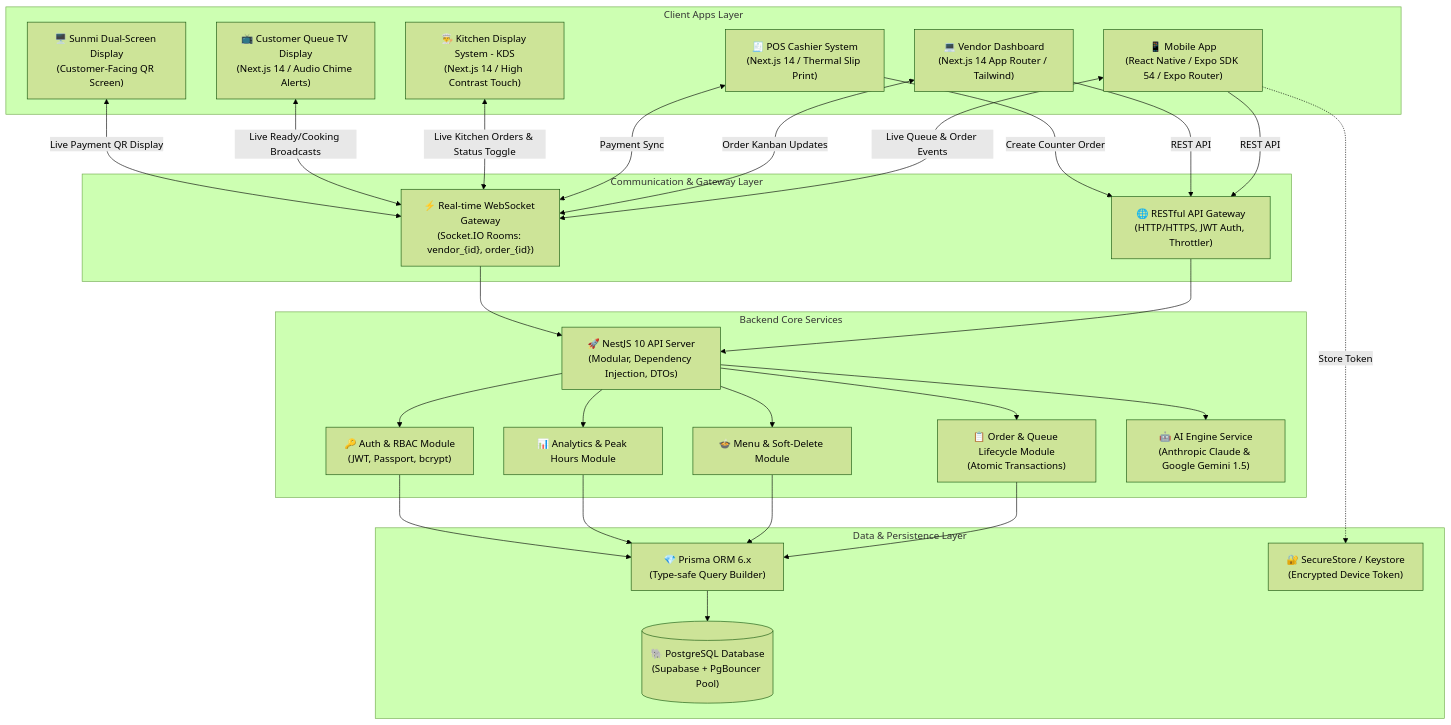
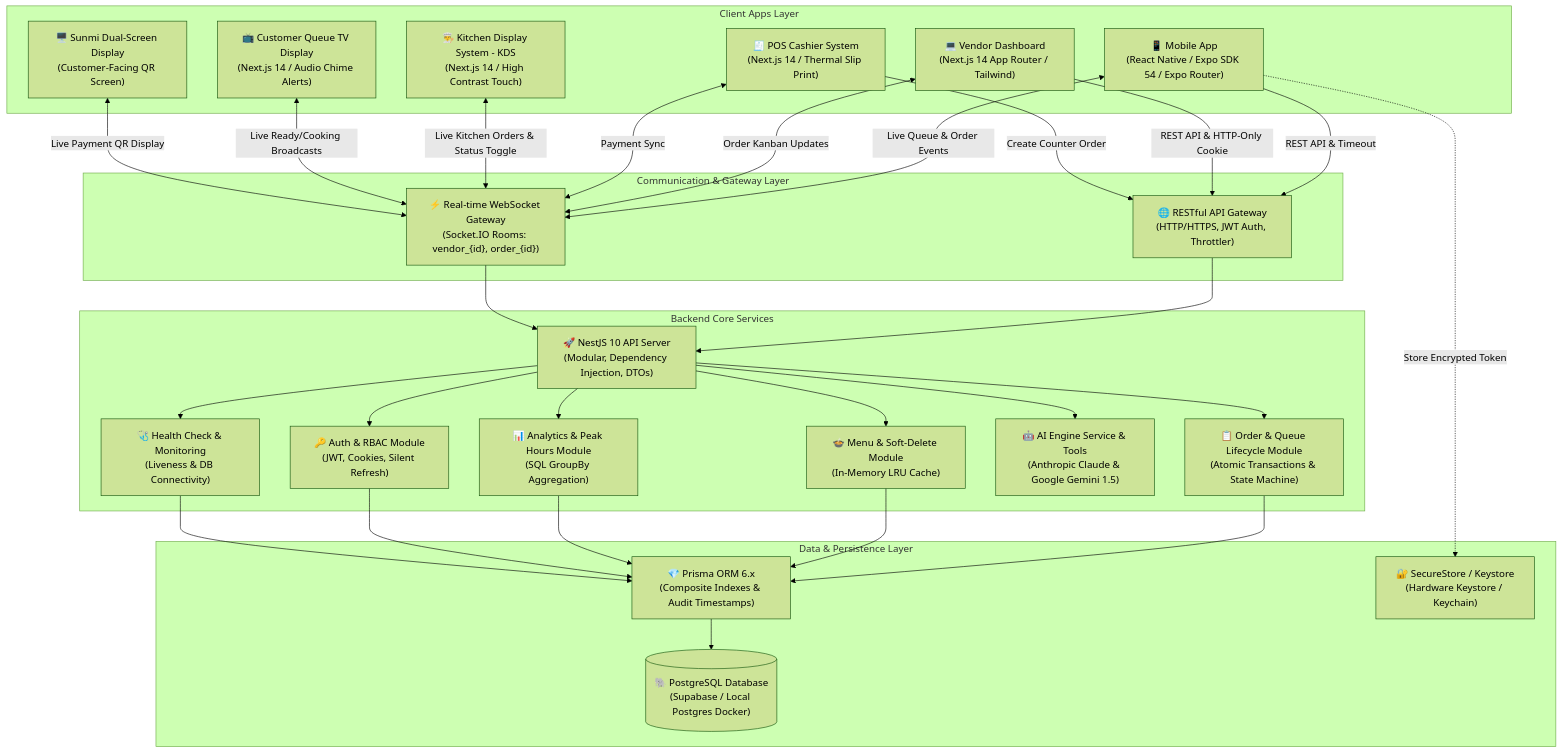
The first of 2 diagrams in README.md (azazxxc147896325-beep/ProjectEnd), drawn with Mermaid (forest theme) before and after one commit. The commit also changed other lines of this file, not shown here.

Commit message:
docs: อัปเดตคู่มือ README.md ให้ครอบคลุมฟีเจอร์ใหม่, DevOps, Docker และ Security ทั้งหมด

````diff
--- a/README.md
+++ b/README.md
@@ -49,64 +50,67 @@
 ```mermaid
 graph TD
     subgraph Client Apps Layer
         Mobile["📱 Mobile App<br/>(React Native / Expo SDK 54 / Expo Router)"]
         WebDash["💻 Vendor Dashboard<br/>(Next.js 14 App Router / Tailwind)"]
         WebPOS["🧾 POS Cashier System<br/>(Next.js 14 / Thermal Slip Print)"]
         WebKDS["👨‍🍳 Kitchen Display System - KDS<br/>(Next.js 14 / High Contrast Touch)"]
         WebQueue["📺 Customer Queue TV Display<br/>(Next.js 14 / Audio Chime Alerts)"]
         WebSunmi["🖥️ Sunmi Dual-Screen Display<br/>(Customer-Facing QR Screen)"]
     end
 
     subgraph Communication & Gateway Layer
         REST["🌐 RESTful API Gateway<br/>(HTTP/HTTPS, JWT Auth, Throttler)"]
         WS["⚡ Real-time WebSocket Gateway<br/>(Socket.IO Rooms: vendor_{id}, order_{id})"]
     end
 
     subgraph Backend Core Services
         Nest["🚀 NestJS 10 API Server<br/>(Modular, Dependency Injection, DTOs)"]
-        AuthMod["🔑 Auth & RBAC Module<br/>(JWT, Passport, bcrypt)"]
-        OrderMod["📋 Order & Queue Lifecycle Module<br/>(Atomic Transactions)"]
-        MenuMod["🍲 Menu & Soft-Delete Module"]
-        AnalyticsMod["📊 Analytics & Peak Hours Module"]
-        AIMod["🤖 AI Engine Service<br/>(Anthropic Claude & Google Gemini 1.5)"]
+        AuthMod["🔑 Auth & RBAC Module<br/>(JWT, Cookies, Silent Refresh)"]
+        OrderMod["📋 Order & Queue Lifecycle Module<br/>(Atomic Transactions & State Machine)"]
+        MenuMod["🍲 Menu & Soft-Delete Module<br/>(In-Memory LRU Cache)"]
+        AnalyticsMod["📊 Analytics & Peak Hours Module<br/>(SQL GroupBy Aggregation)"]
+        AIMod["🤖 AI Engine Service & Tools<br/>(Anthropic Claude & Google Gemini 1.5)"]
+        HealthMod["🩺 Health Check & Monitoring<br/>(Liveness & DB Connectivity)"]
     end
 
     subgraph Data & Persistence Layer
-        Prisma["💎 Prisma ORM 6.x<br/>(Type-safe Query Builder)"]
-        Postgres[("🐘 PostgreSQL Database<br/>(Supabase + PgBouncer Pool)")]
-        SecureStore["🔐 SecureStore / Keystore<br/>(Encrypted Device Token)"]
+        Prisma["💎 Prisma ORM 6.x<br/>(Composite Indexes & Audit Timestamps)"]
+        Postgres[("🐘 PostgreSQL Database<br/>(Supabase / Local Postgres Docker)")]
+        SecureStore["🔐 SecureStore / Keystore<br/>(Hardware Keystore / Keychain)"]
     end
 
     %% Client Connections
-    Mobile -->|REST API| REST
+    Mobile -->|REST API & Timeout| REST
     Mobile <-->|Live Queue & Order Events| WS
-    Mobile -.->|Store Token| SecureStore
+    Mobile -.->|Store Encrypted Token| SecureStore
 
-    WebDash -->|REST API| REST
+    WebDash -->|REST API & HTTP-Only Cookie| REST
     WebDash <-->|Order Kanban Updates| WS
 
     WebPOS -->|Create Counter Order| REST
     WebPOS <-->|Payment Sync| WS
 
     WebKDS <-->|Live Kitchen Orders & Status Toggle| WS
     WebQueue <-->|Live Ready/Cooking Broadcasts| WS
     WebSunmi <-->|Live Payment QR Display| WS
 
     %% Gateway to Backend
     REST --> Nest
     WS --> Nest
 
     %% Nest Modules
     Nest --> AuthMod
     Nest --> OrderMod
     Nest --> MenuMod
     Nest --> AnalyticsMod
     Nest --> AIMod
+    Nest --> HealthMod
 
     %% Persistence
     OrderMod --> Prisma
     MenuMod --> Prisma
     AnalyticsMod --> Prisma
     AuthMod --> Prisma
+    HealthMod --> Prisma
     Prisma --> Postgres
 ```
````
